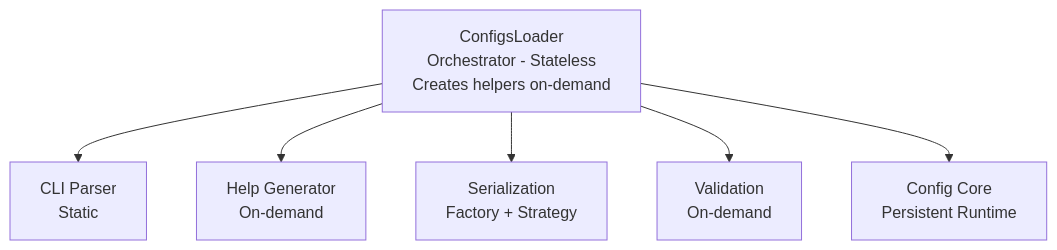
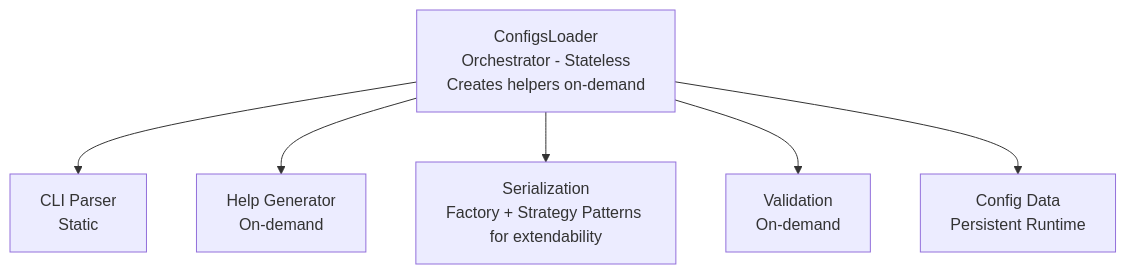
The diagram in README.md (LightShield/configs_loader_cpp), drawn with Mermaid before and after one commit. The commit also changed other lines of this file, not shown here.

Commit message:
docs: clarify Config Core as Config Data
- Rename: Config Core -> Config Data (clearer)
- Explain: Config<T> and ConfigGroup<T> structs
- These are the actual data structures holding values

````diff
--- a/README.md
+++ b/README.md
@@ -297,9 +297,9 @@
 ```mermaid
 graph TD
     A[ConfigsLoader<br/>Orchestrator - Stateless<br/>Creates helpers on-demand]
     A --> B[CLI Parser<br/>Static]
     A --> C[Help Generator<br/>On-demand]
-    A --> D[Serialization<br/>Factory + Strategy]
+    A --> D[Serialization<br/>Factory + Strategy Patterns for extendability]
     A --> E[Validation<br/>On-demand]
-    A --> F[Config Core<br/>Persistent Runtime]
+    A --> F[Config Data<br/>Persistent Runtime]
 ```
````
